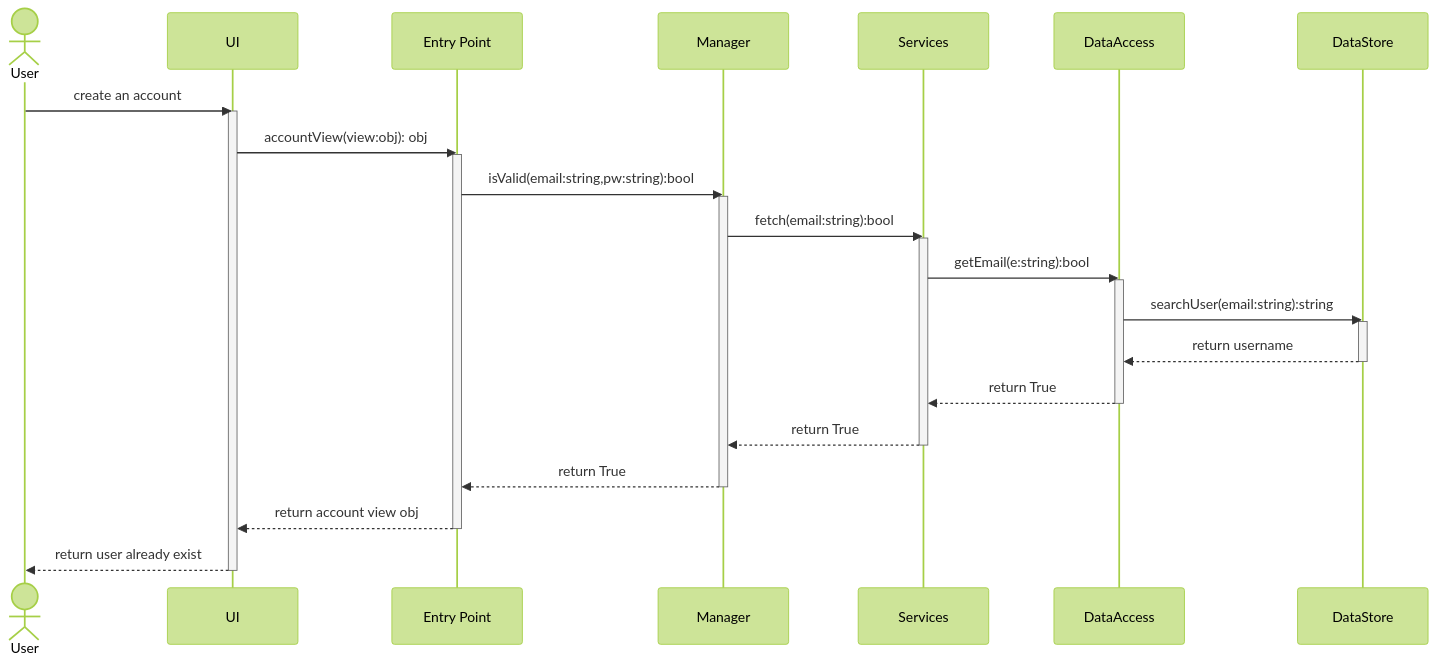
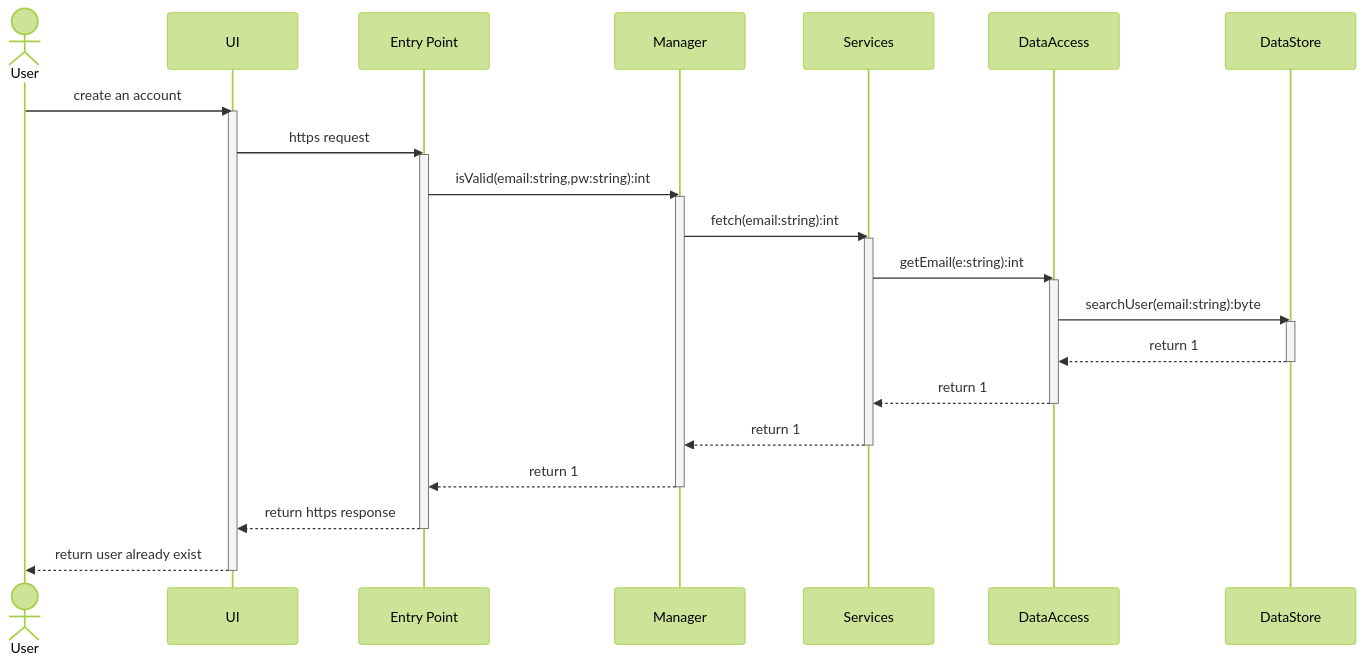
One commit to JosephArmas/cecs-491A-Team-Big-Data changed the diagram in milestone 2/low level design/registration/failures/v3/account/account_username_exist.md. Above: the diagram before and after it, drawn with Mermaid (forest theme). The commit also changed 8 other files, not shown here.

````diff
--- a/milestone 2/low level design/registration/failures/v3/account/account_username_exist.md
+++ b/milestone 2/low level design/registration/failures/v3/account/account_username_exist.md
@@ -2,28 +2,28 @@
 ```mermaid
 sequenceDiagram
     actor User
     User ->> UI: create an account
     activate UI
-    UI ->> Entry Point: accountView(view:obj): obj
+    UI ->> Entry Point: https request
     activate Entry Point
-    Entry Point ->> Manager: isValid(email:string,pw:string):bool
+    Entry Point ->> Manager: isValid(email:string,pw:string):int
     activate Manager
-    Manager ->> Services: fetch(email:string):bool
+    Manager ->> Services: fetch(email:string):int
     activate Services
-    Services ->> DataAccess: getEmail(e:string):bool 
+    Services ->> DataAccess: getEmail(e:string):int 
     activate DataAccess
-    DataAccess ->> DataStore: searchUser(email:string):string
+    DataAccess ->> DataStore: searchUser(email:string):byte
     activate DataStore
-    DataStore -->> DataAccess: return username
+    DataStore -->> DataAccess: return 1
     deactivate DataStore
-    DataAccess -->> Services: return True
+    DataAccess -->> Services: return 1
     deactivate DataAccess
-    Services -->> Manager: return True
+    Services -->> Manager: return 1
     deactivate Services
-    Manager -->> Entry Point: return True
+    Manager -->> Entry Point: return 1
     deactivate Manager
-    Entry Point -->> UI: return account view obj
+    Entry Point -->> UI: return https response
     deactivate Entry Point
     UI -->> User: return user already exist 
     deactivate UI
 ```
````
